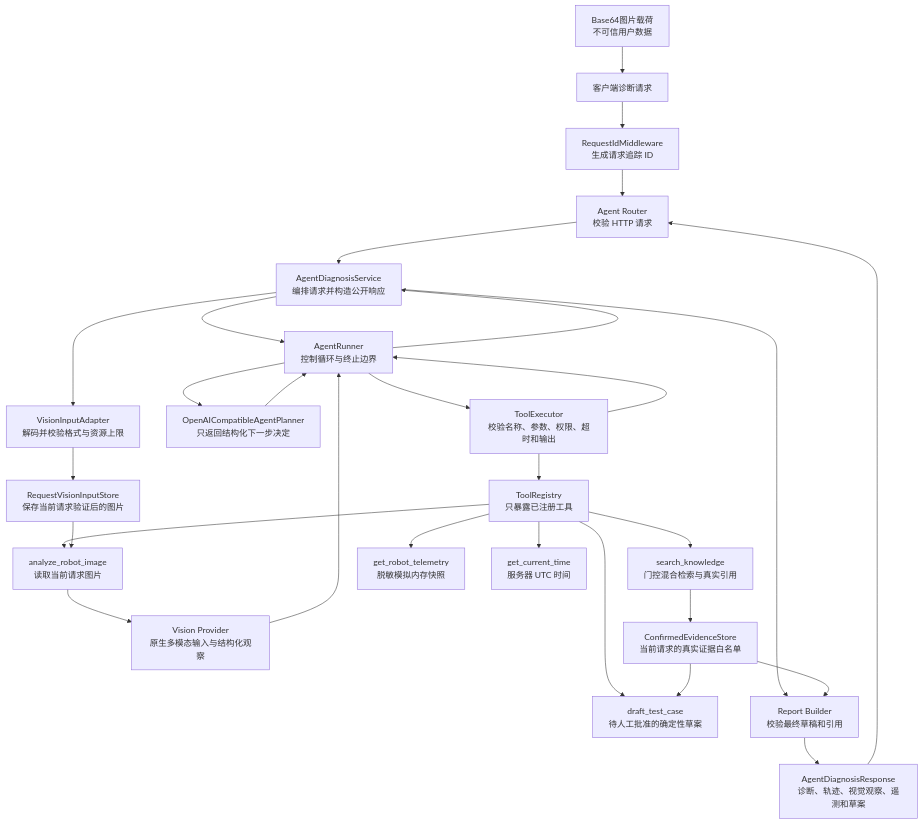
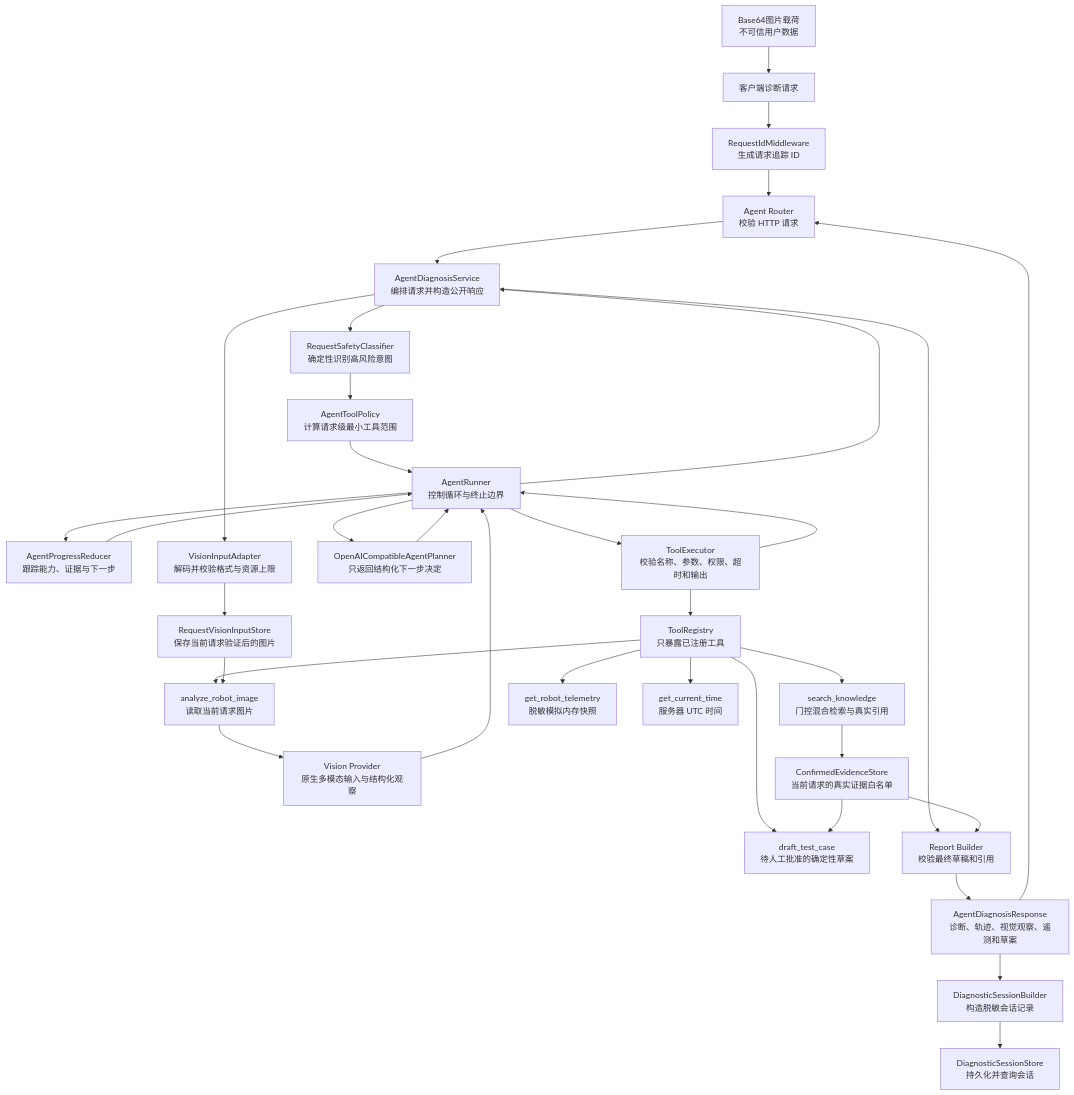
One commit to coffeeBehindTea/analysys-AI-app changed the second of 2 diagrams in README.md. Above: the diagram before and after it, drawn with Mermaid. The commit also changed other lines of this file and 437 other files, not shown here.

````diff
--- a/README.md
+++ b/README.md
@@ -151,43 +160,51 @@
 ```mermaid
 flowchart TD
     Client["客户端诊断请求"]
     Image["Base64图片载荷<br/>不可信用户数据"]
     Middleware["RequestIdMiddleware<br/>生成请求追踪 ID"]
     AgentRouter["Agent Router<br/>校验 HTTP 请求"]
     Service["AgentDiagnosisService<br/>编排请求并构造公开响应"]
+    Safety["RequestSafetyClassifier<br/>确定性识别高风险意图"]
+    Policy["AgentToolPolicy<br/>计算请求级最小工具范围"]
+    Progress["AgentProgressReducer<br/>跟踪能力、证据与下一步"]
     VisionAdapter["VisionInputAdapter<br/>解码并校验格式与资源上限"]
     VisionStore["RequestVisionInputStore<br/>保存当前请求验证后的图片"]
     Runner["AgentRunner<br/>控制循环与终止边界"]
     Planner["OpenAICompatibleAgentPlanner<br/>只返回结构化下一步决定"]
     Executor["ToolExecutor<br/>校验名称、参数、权限、超时和输出"]
     Registry["ToolRegistry<br/>只暴露已注册工具"]
     VisionTool["analyze_robot_image<br/>读取当前请求图片"]
     VisionProvider["Vision Provider<br/>原生多模态输入与结构化观察"]
     Knowledge["search_knowledge<br/>门控混合检索与真实引用"]
     Telemetry["get_robot_telemetry<br/>脱敏模拟内存快照"]
     Draft["draft_test_case<br/>待人工批准的确定性草案"]
     Clock["get_current_time<br/>服务器 UTC 时间"]
     Evidence["ConfirmedEvidenceStore<br/>当前请求的真实证据白名单"]
     Builder["Report Builder<br/>校验最终草稿和引用"]
+    SessionBuilder["DiagnosticSessionBuilder<br/>构造脱敏会话记录"]
+    SessionStore["DiagnosticSessionStore<br/>持久化并查询会话"]
     Response["AgentDiagnosisResponse<br/>诊断、轨迹、视觉观察、遥测和草案"]
 
-    Client --> Middleware --> AgentRouter --> Service --> Runner
+    Client --> Middleware --> AgentRouter --> Service --> Safety --> Policy --> Runner
     Image --> Client
     Service --> VisionAdapter --> VisionStore
+    Runner --> Progress
+    Progress --> Runner
     Runner --> Planner
     Planner --> Runner
     Runner --> Executor --> Registry
     Registry --> VisionTool
     VisionStore --> VisionTool --> VisionProvider --> Runner
     Registry --> Knowledge
     Registry --> Telemetry
     Registry --> Draft
     Registry --> Clock
     Knowledge --> Evidence
     Evidence --> Draft
     Executor --> Runner
     Runner --> Service
     Service --> Builder
     Evidence --> Builder
     Builder --> Response --> AgentRouter
+    Response --> SessionBuilder --> SessionStore
 ```
````
